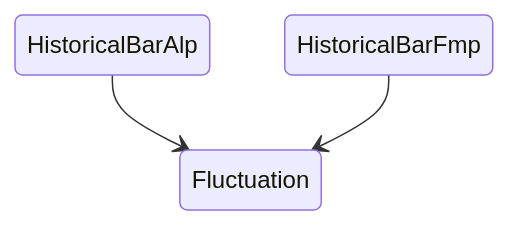
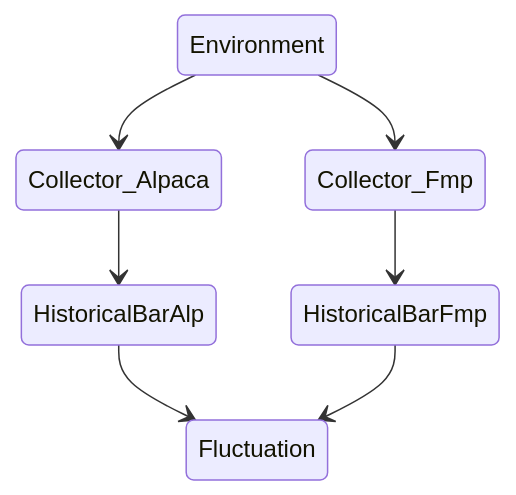
One commit to tndd/owl changed the diagram in README.md. Above: the diagram before and after it, drawn with Mermaid. The commit also changed other lines of this file, not shown here.

````diff
--- a/README.md
+++ b/README.md
@@ -59,5 +81,9 @@
 ```mermaid
 stateDiagram
+Environment --> Collector_Alpaca
+Environment --> Collector_Fmp 
+Collector_Alpaca --> HistoricalBarAlp
+Collector_Fmp --> HistoricalBarFmp
 HistoricalBarAlp --> Fluctuation
 HistoricalBarFmp --> Fluctuation
 ```
````
